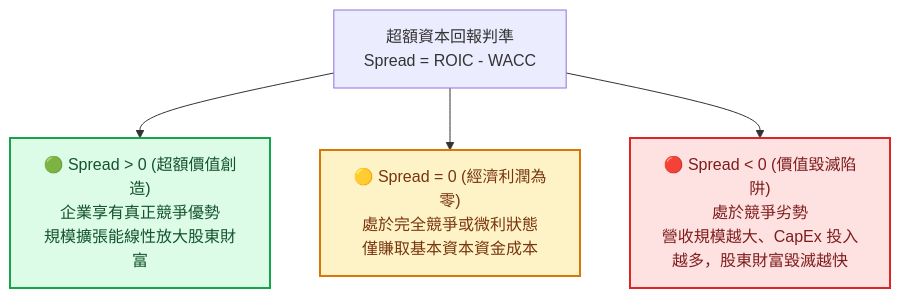
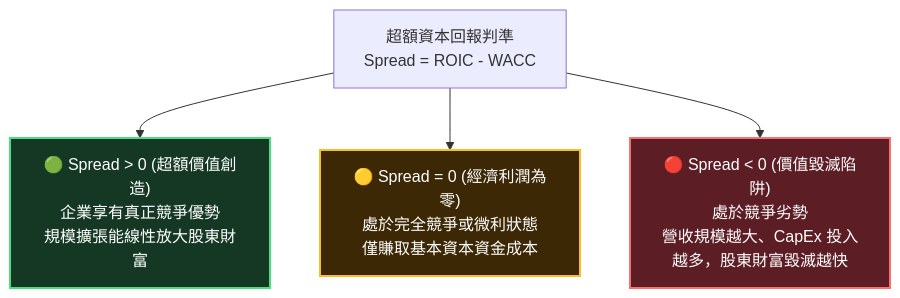
Before and after one commit to Jimlin0428/my-digital-garden: the fifth of 8 diagrams in src/site/notes/98_商業概念庫/competitive-advantage_競爭優勢.md, drawn with Mermaid. The commit also changed other lines of this file and 58 other files, not shown here.

````diff
--- a/src/site/notes/98_商業概念庫/competitive-advantage_競爭優勢.md
+++ b/src/site/notes/98_商業概念庫/competitive-advantage_競爭優勢.md
@@ -230,16 +230,16 @@
 ```mermaid
 flowchart TD
     ROIC_EVAL["超額資本回報判準<br>Spread = ROIC - WACC"]
     
     C1["🟢 Spread > 0 (超額價值創造)<br>企業享有真正競爭優勢<br>規模擴張能線性放大股東財富"]
     C2["🟡 Spread = 0 (經濟利潤為零)<br>處於完全競爭或微利狀態<br>僅賺取基本資本資金成本"]
     C3["🔴 Spread < 0 (價值毀滅陷阱)<br>處於競爭劣勢<br>營收規模越大、CapEx 投入越多，股東財富毀滅越快"]
 
     ROIC_EVAL --> C1
     ROIC_EVAL --> C2
     ROIC_EVAL --> C3
 
-    style C1 fill:#dcfce7,stroke:#16a34a,stroke-width:2px,color:#14532d
-    style C2 fill:#fef3c7,stroke:#d97706,stroke-width:2px,color:#78350f
-    style C3 fill:#fee2e2,stroke:#dc2626,stroke-width:2px,color:#7f1d1d
+    style C1 fill:#143823,stroke:#4ade80,stroke-width:2px,color:#ffffff
+    style C2 fill:#3d2806,stroke:#fbbf24,stroke-width:2px,color:#ffffff
+    style C3 fill:#5c1d24,stroke:#f87171,stroke-width:2px,color:#ffffff
 ```
````
